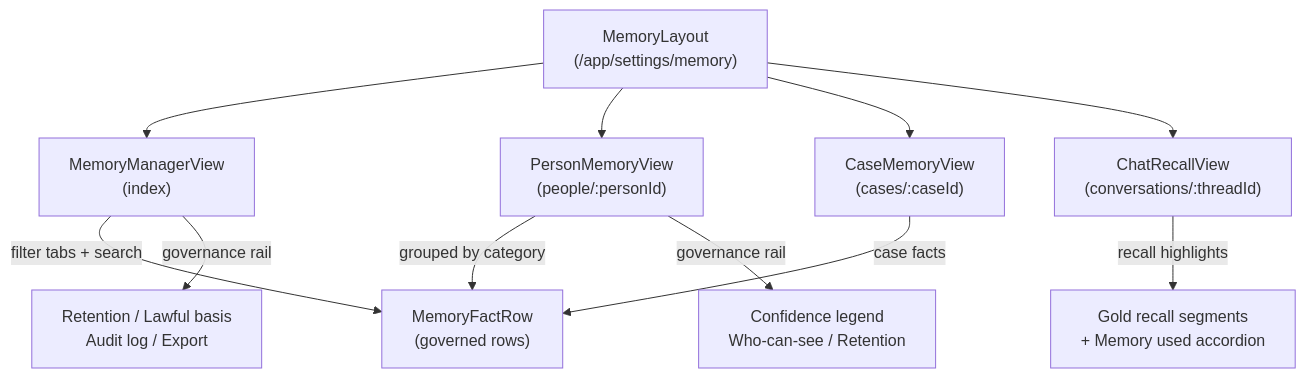
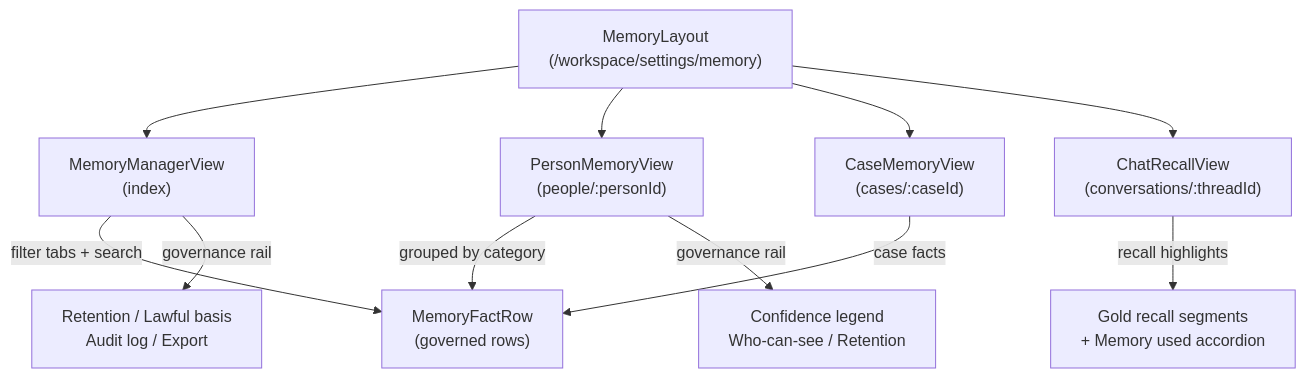
One commit to Dutiva-Canada/Dutiva_Web changed the third of 5 diagrams in docs/wiki/Planning-Settings-Other-Modules.md. Above: the diagram before and after it, drawn with Mermaid. The commit also changed other lines of this file and 107 other files, not shown here.

````diff
--- a/docs/wiki/Planning-Settings-Other-Modules.md
+++ b/docs/wiki/Planning-Settings-Other-Modules.md
@@ -273,21 +273,21 @@
 ```mermaid
 flowchart TB
-    ML["MemoryLayout\n(/app/settings/memory)"]
+    ML["MemoryLayout\n(/workspace/settings/memory)"]
     MM["MemoryManagerView\n(index)"]
     PM["PersonMemoryView\n(people/:personId)"]
     CM["CaseMemoryView\n(cases/:caseId)"]
     CR["ChatRecallView\n(conversations/:threadId)"]
 
     ML --> MM
     ML --> PM
     ML --> CM
     ML --> CR
 
     MM -->|"filter tabs + search"| FACTS["MemoryFactRow\n(governed rows)"]
     PM -->|"grouped by category"| FACTS
     CM -->|"case facts"| FACTS
     CR -->|"recall highlights"| RECALL["Gold recall segments\n+ Memory used accordion"]
 
     MM -->|"governance rail"| GOV["Retention / Lawful basis\nAudit log / Export"]
     PM -->|"governance rail"| GOV2["Confidence legend\nWho-can-see / Retention"]
 ```
````
